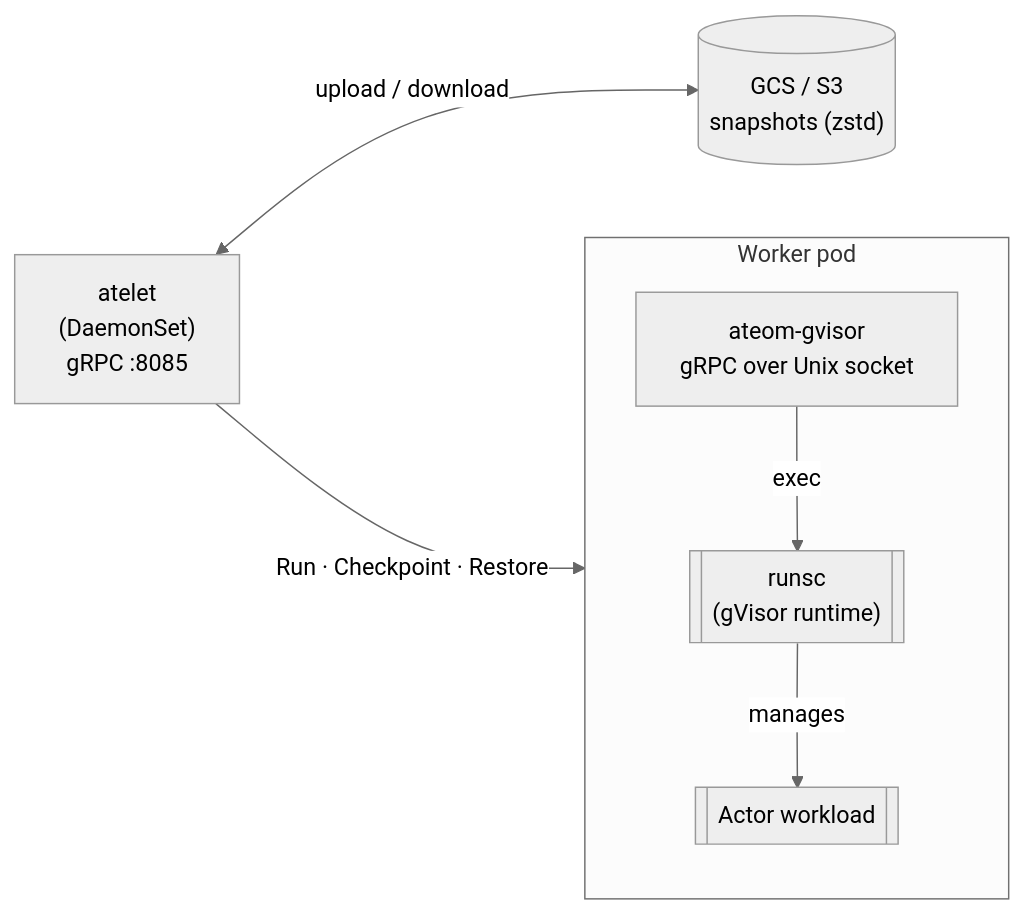
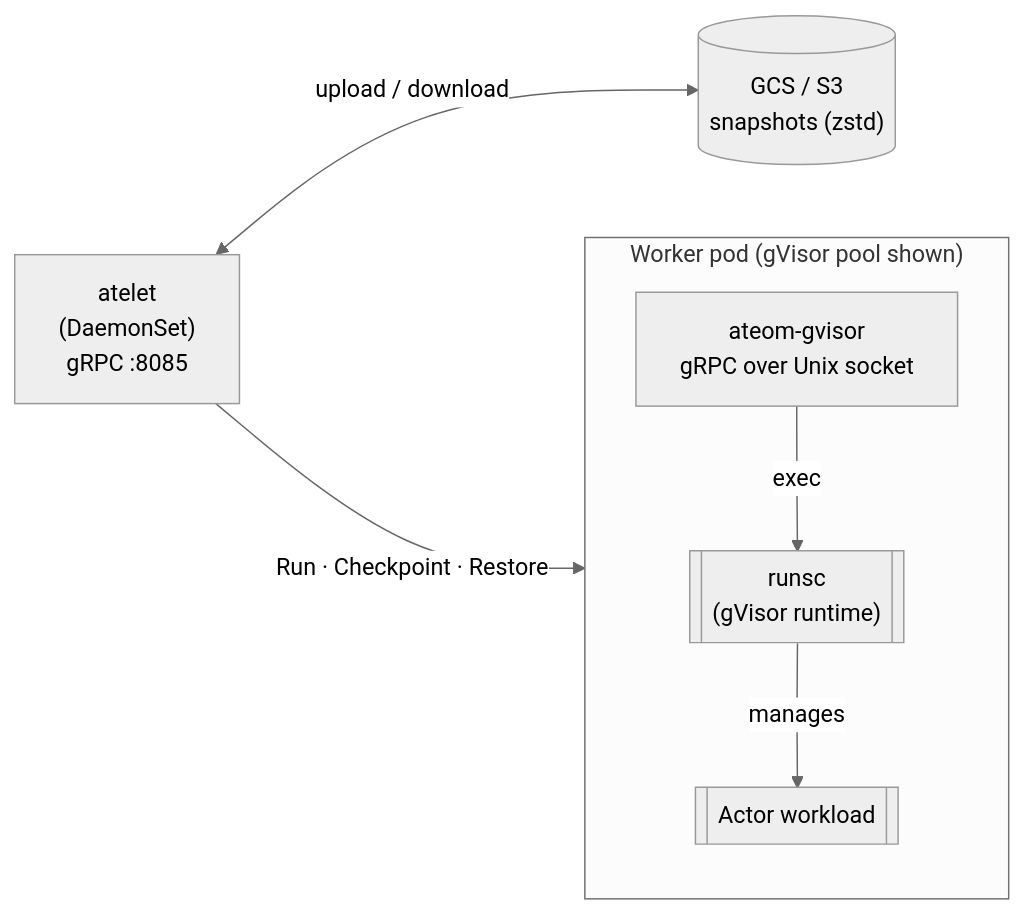
The second of 3 diagrams in atlas/src/content/docs/topology.mdx (christian-posta/substrate), drawn with Mermaid (neutral theme) before and after one commit. The commit also changed other lines of this file and 28 other files, not shown here.

````diff
--- a/atlas/src/content/docs/topology.mdx
+++ b/atlas/src/content/docs/topology.mdx
@@ -40,23 +40,23 @@
 ```mermaid
 flowchart LR
   ATELET["atelet<br/>(DaemonSet)<br/>gRPC :8085"]
 
-  subgraph WPOD["Worker pod"]
+  subgraph WPOD["Worker pod (gVisor pool shown)"]
     direction TB
     ATEOM["ateom-gvisor<br/>gRPC over Unix socket"]
     RUNSC[["runsc<br/>(gVisor runtime)"]]
     WL[["Actor workload"]]
     ATEOM -- exec --> RUNSC
     RUNSC -- manages --> WL
   end
 
   GCS[("GCS / S3<br/>snapshots (zstd)")]
 
   ATELET -- "Run · Checkpoint · Restore" --> ATEOM
   ATELET <-- "upload / download" --> GCS
 
   click ATELET "/components/atelet/" "atelet"
   click ATEOM "/components/ateom-gvisor/" "ateom-gvisor"
   click WPOD "/components/workers/" "Workers"
   click GCS "/components/storage/" "Storage"
 ```
````
